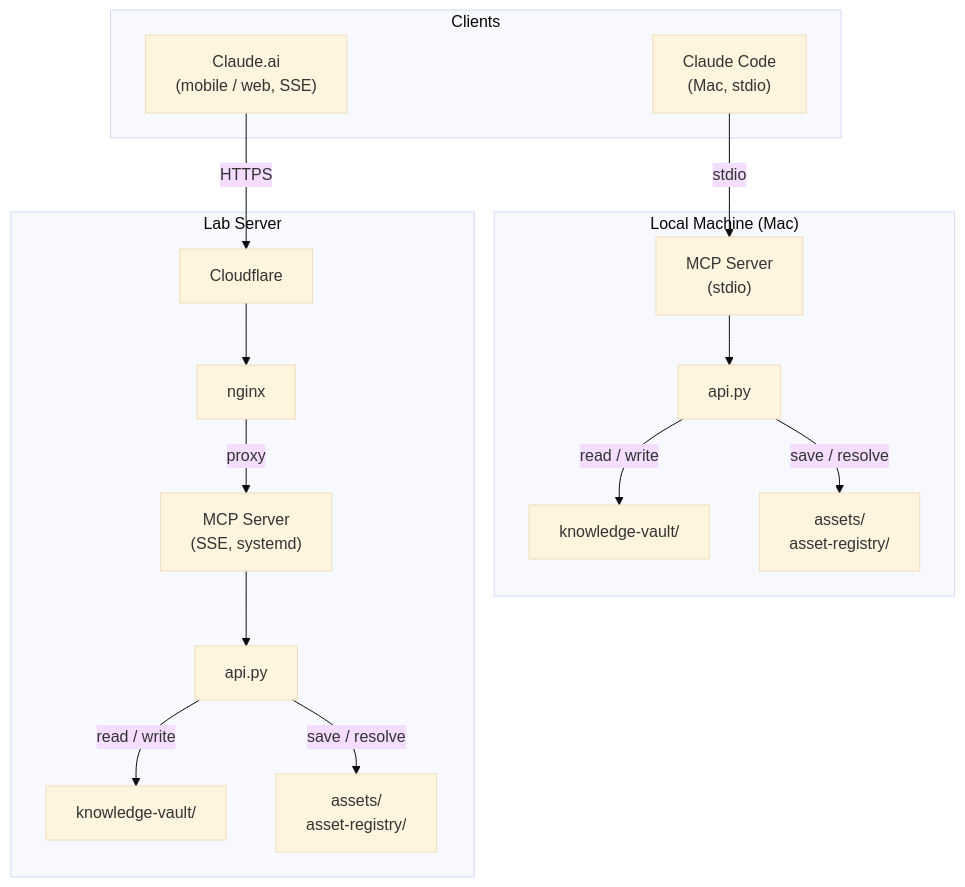
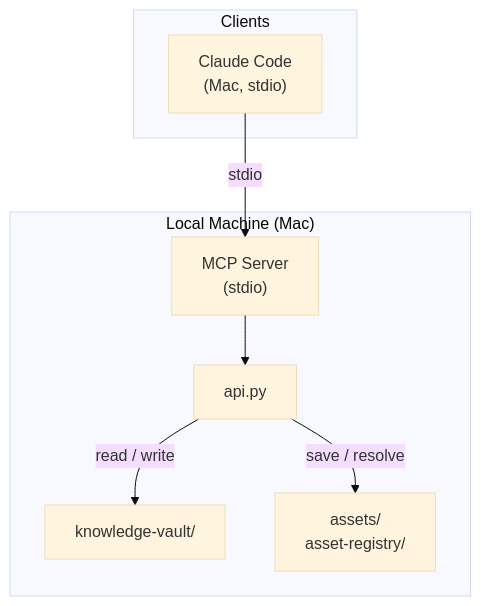
Before and after one commit to gked/loci: the diagram in docs/diagrams.md, drawn with Mermaid (base theme). The commit also changed other lines of this file and 23 other files, not shown here.

````diff
--- a/docs/diagrams.md
+++ b/docs/diagrams.md
@@ -7,35 +7,18 @@
 ```mermaid
 flowchart TD
     subgraph Clients
         CC["Claude Code\n(Mac, stdio)"]
-        CAI["Claude.ai\n(mobile / web, SSE)"]
     end
 
     subgraph Local["Local Machine (Mac)"]
         MCP_L["MCP Server\n(stdio)"]
         API_L["api.py"]
         V_L["knowledge-vault/"]
         A_L["assets/\nasset-registry/"]
     end
 
-    subgraph Server["Lab Server"]
-        CF["Cloudflare"]
-        NX["nginx"]
-        MCP_R["MCP Server\n(SSE, systemd)"]
-        API_R["api.py"]
-        V_R["knowledge-vault/"]
-        A_R["assets/\nasset-registry/"]
-    end
-
     CC -->|"stdio"| MCP_L
     MCP_L --> API_L
     API_L -->|"read / write"| V_L
     API_L -->|"save / resolve"| A_L
-
-    CAI -->|"HTTPS"| CF
-    CF --> NX
-    NX -->|"proxy"| MCP_R
-    MCP_R --> API_R
-    API_R -->|"read / write"| V_R
-    API_R -->|"save / resolve"| A_R
 ```
````
